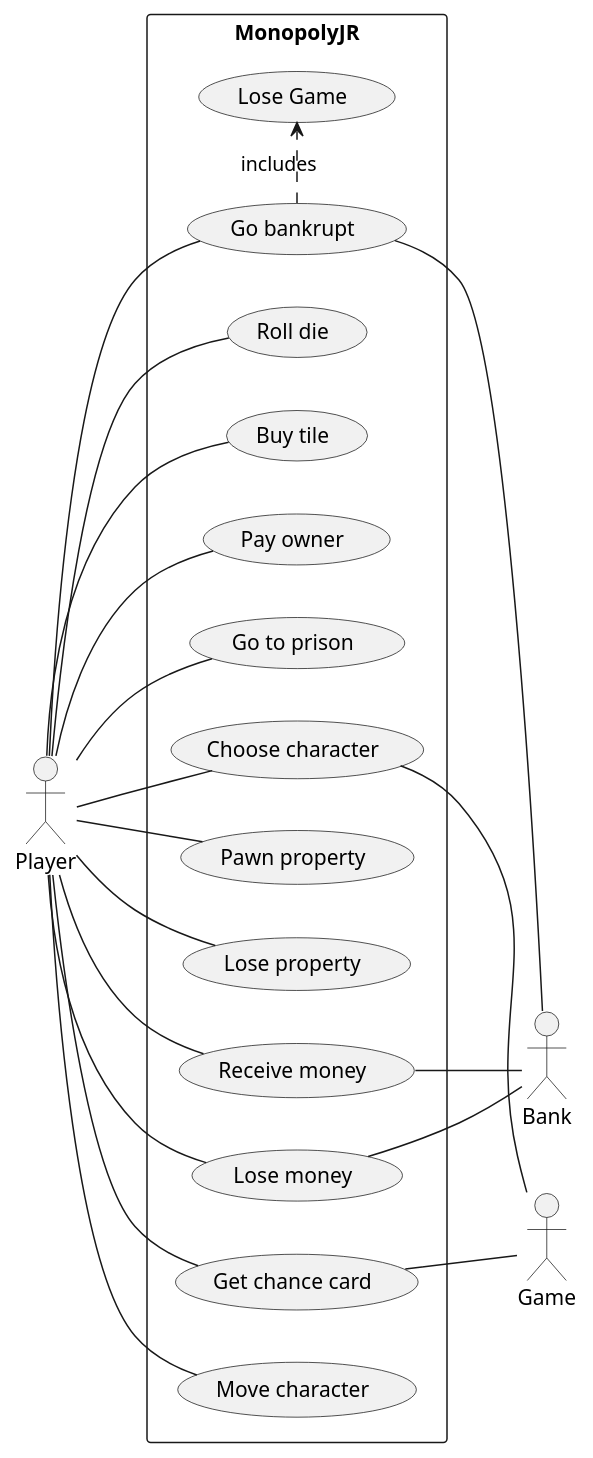
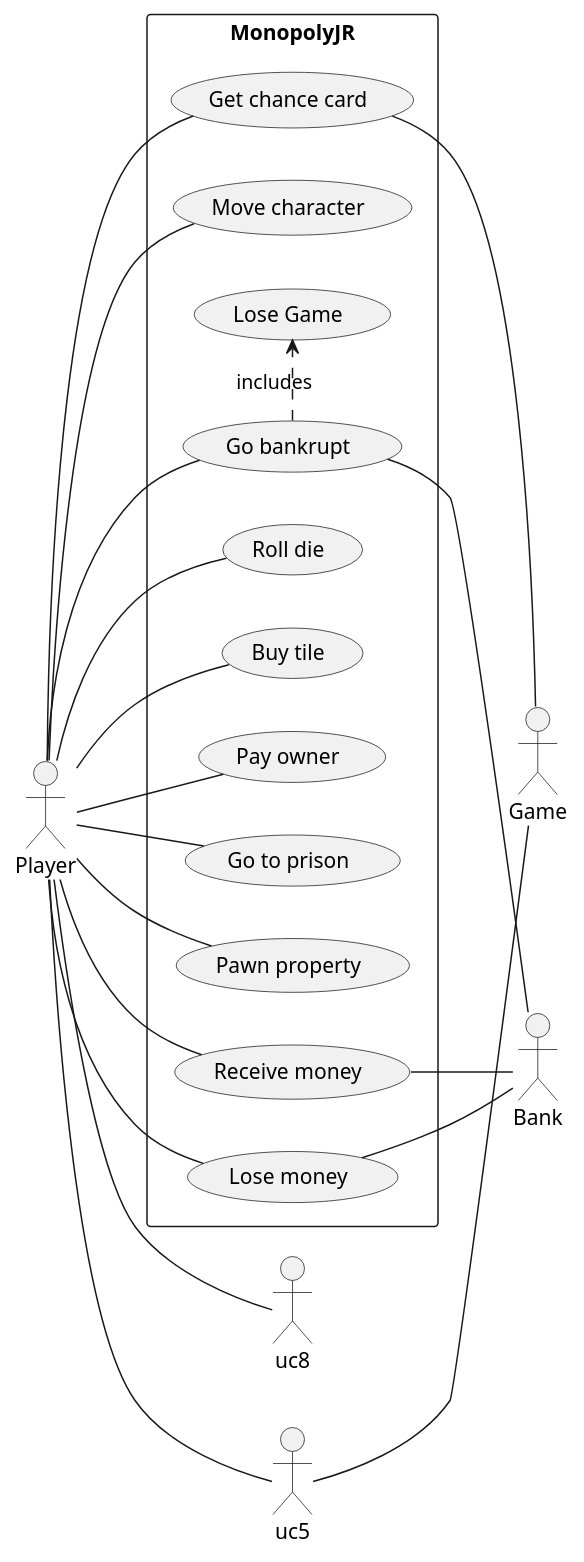
One commit to adel051700/G07_CDIO3 changed the diagram in UML/usecasediag.plantuml. Above: the diagram before and after it, drawn with PlantUML.

Commit message:
changed usecasediagram so it fits with our product

```diff
--- a/UML/usecasediag.plantuml
+++ b/UML/usecasediag.plantuml
@@ -1,47 +1,45 @@
 @startuml
 left to right direction
 
 rectangle MonopolyJR {
 usecase "Roll die" as uc1
 usecase "Buy tile" as uc2
 usecase "Pay owner" as uc3
 usecase "Go to prison" as uc4
-usecase "Choose character" as uc5
 usecase "Go bankrupt" as uc6
 usecase "Pawn property" as uc7
-usecase "Lose property" as uc8
 usecase "Receive money" as uc9
 usecase "Lose money" as uc10
 usecase "Get chance card" as uc11
 usecase "Move character" as uc12
 usecase "Lose Game" as uc13
 
 
 }
 
 actor Player as pl
 actor Bank as bk
 actor Game as gm
 
 pl -- uc1
 pl -- uc2
 pl -- uc3
 pl -- uc4
 pl -- uc5
 pl -- uc6
 pl -- uc7
 pl -- uc8
 pl -- uc9
 pl -- uc10
 pl -- uc11
 pl -- uc12
 uc5 -- gm
 uc9 -- bk
 uc10 -- bk
 uc11 -- gm
 uc6 -- bk
 uc6 .> uc13 : includes
 
 
 
 @enduml
```
